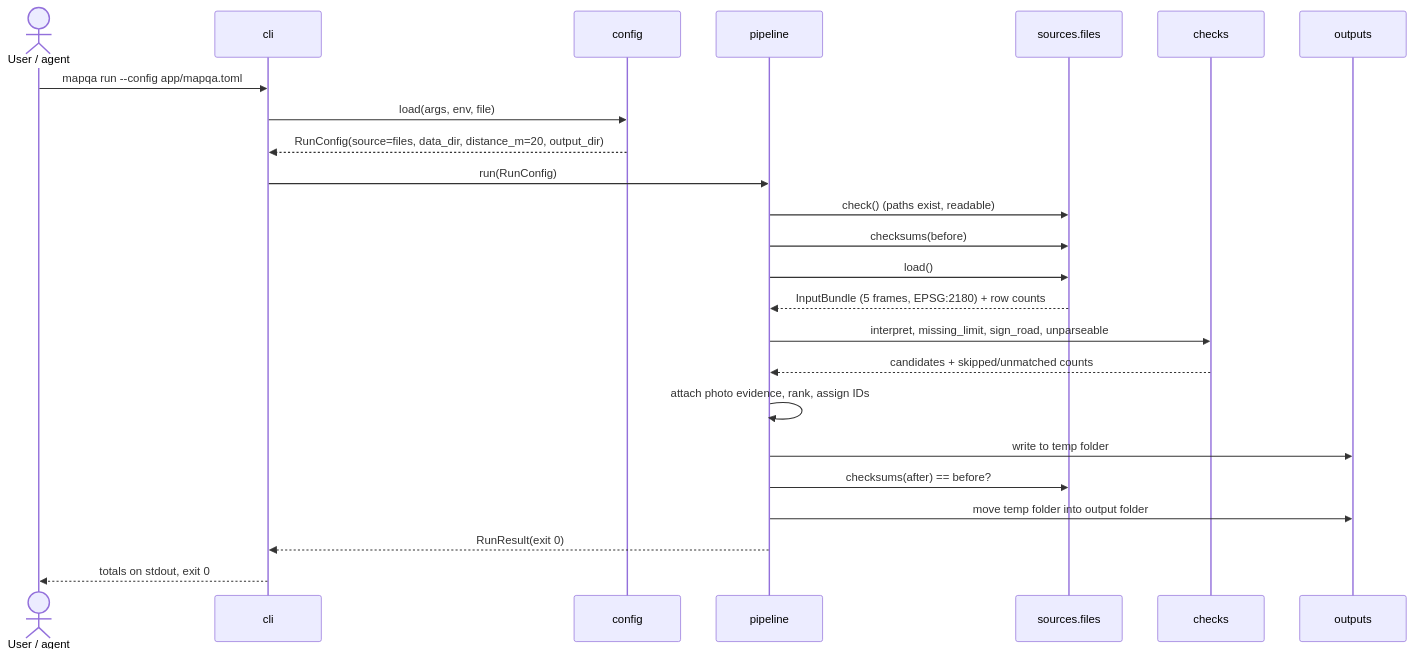
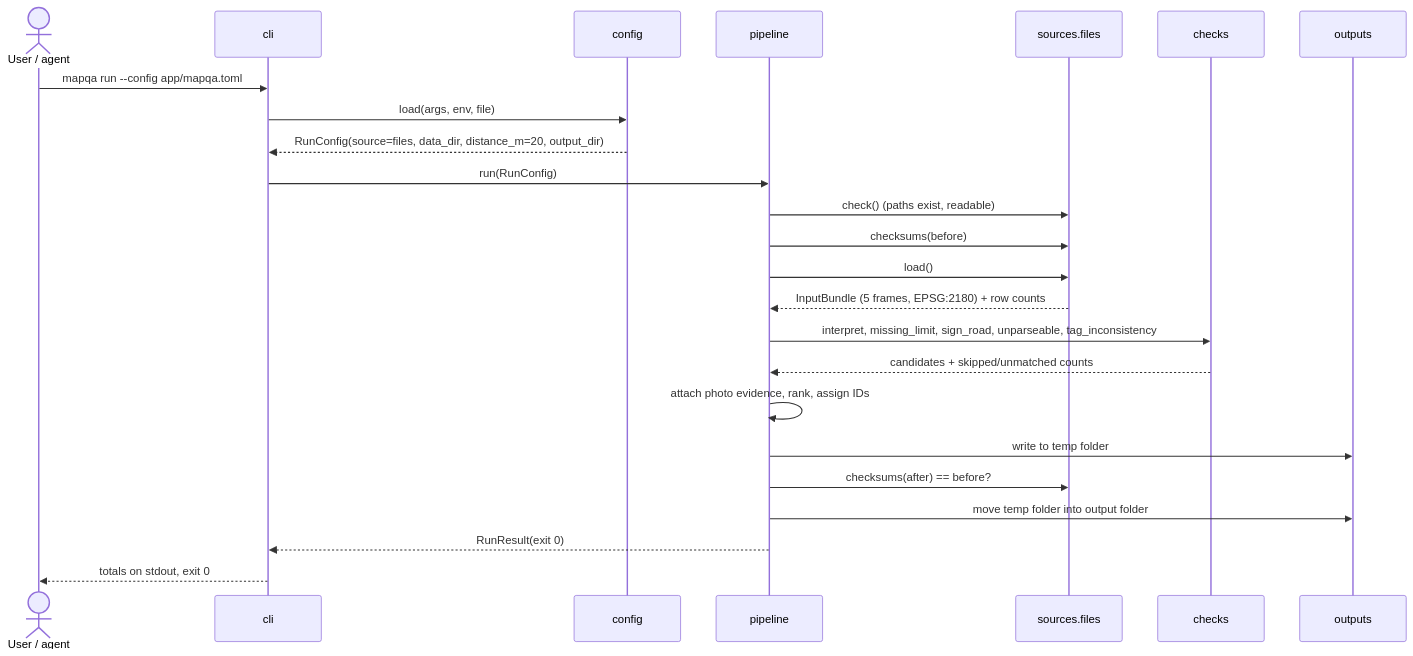
The third of 6 diagrams in docs/ADR/000-main-architecture.md (monikabialobrzeska/szkolenie_dodatkowe), drawn with Mermaid before and after one commit. The commit also changed other lines of this file and 4 other files, not shown here.

````diff
--- a/docs/ADR/000-main-architecture.md
+++ b/docs/ADR/000-main-architecture.md
@@ -381,26 +391,26 @@
 ```mermaid
 sequenceDiagram
     actor U as User / agent
     participant CLI as cli
     participant CFG as config
     participant P as pipeline
     participant F as sources.files
     participant CH as checks
     participant O as outputs
     U->>CLI: mapqa run --config app/mapqa.toml
     CLI->>CFG: load(args, env, file)
     CFG-->>CLI: RunConfig(source=files, data_dir, distance_m=20, output_dir)
     CLI->>P: run(RunConfig)
     P->>F: check()  (paths exist, readable)
     P->>F: checksums(before)
     P->>F: load() 
     F-->>P: InputBundle (5 frames, EPSG:2180) + row counts
-    P->>CH: interpret, missing_limit, sign_road, unparseable
+    P->>CH: interpret, missing_limit, sign_road, unparseable, tag_inconsistency
     CH-->>P: candidates + skipped/unmatched counts
     P->>P: attach photo evidence, rank, assign IDs
     P->>O: write to temp folder
     P->>F: checksums(after) == before?
     P->>O: move temp folder into output folder
     P-->>CLI: RunResult(exit 0)
     CLI-->>U: totals on stdout, exit 0
 ```
````
